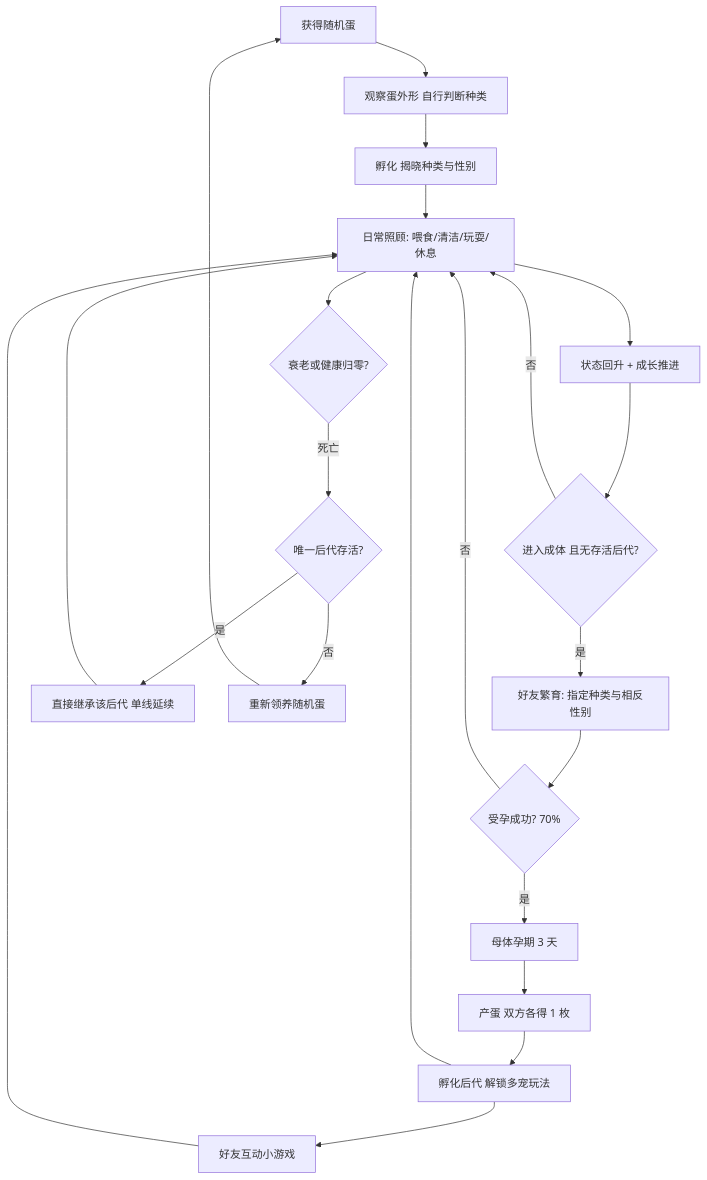
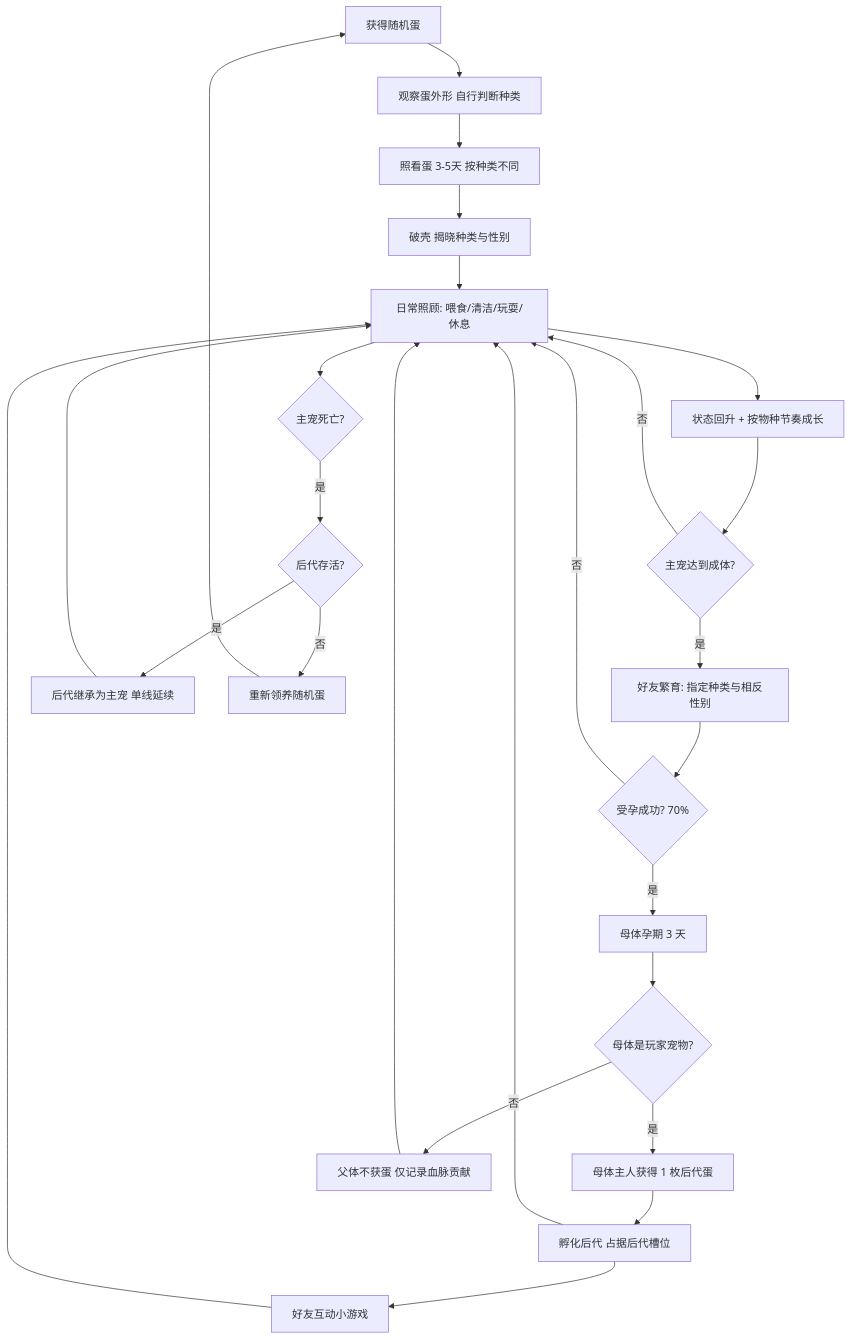
The diagram in docs/游戏设计文档.md (miniDesigner/CyberPet), drawn with Mermaid before and after one commit. The commit also changed other lines of this file and 3 other files, not shown here.

Commit message:
docs: revise GDD to v0.4 with maternal-only breeding and species timelines

````diff
--- a/docs/游戏设计文档.md
+++ b/docs/游戏设计文档.md
@@ -49,24 +49,28 @@
 ```mermaid
 flowchart TD
     A[获得随机蛋] --> B[观察蛋外形 自行判断种类]
-    B --> C[孵化 揭晓种类与性别]
-    C --> D[日常照顾: 喂食/清洁/玩耍/休息]
-    D --> E[状态回升 + 成长推进]
-    E --> F{进入成体 且无存活后代?}
-    F -->|否| D
-    F -->|是| G[好友繁育: 指定种类与相反性别]
-    G --> H{受孕成功? 70%}
-    H -->|否| D
-    H -->|是| I[母体孕期 3 天]
-    I --> J[产蛋 双方各得 1 枚]
-    J --> K[孵化后代 解锁多宠玩法]
-    K --> D
-    K --> L[好友互动小游戏]
-    L --> D
-    D --> M{衰老或健康归零?}
-    M -->|死亡| N{唯一后代存活?}
-    N -->|是| O[直接继承该后代 单线延续]
-    N -->|否| P[重新领养随机蛋]
-    O --> D
-    P --> A
+    B --> C[照看蛋 3-5天 按种类不同]
+    C --> D[破壳 揭晓种类与性别]
+    D --> E[日常照顾: 喂食/清洁/玩耍/休息]
+    E --> F[状态回升 + 按物种节奏成长]
+    F --> G{主宠达到成体?}
+    G -->|否| E
+    G -->|是| H[好友繁育: 指定种类与相反性别]
+    H --> I{受孕成功? 70%}
+    I -->|否| E
+    I -->|是| J[母体孕期 3 天]
+    J --> K{母体是玩家宠物?}
+    K -->|是| L[母体主人获得 1 枚后代蛋]
+    K -->|否| M[父体不获蛋 仅记录血脉贡献]
+    M --> E
+    L --> N[孵化后代 占据后代槽位]
+    N --> E
+    N --> O[好友互动小游戏]
+    O --> E
+    E --> P{主宠死亡?}
+    P -->|是| Q{后代存活?}
+    Q -->|是| R[后代继承为主宠 单线延续]
+    Q -->|否| S[重新领养随机蛋]
+    R --> E
+    S --> A
 ```
````
